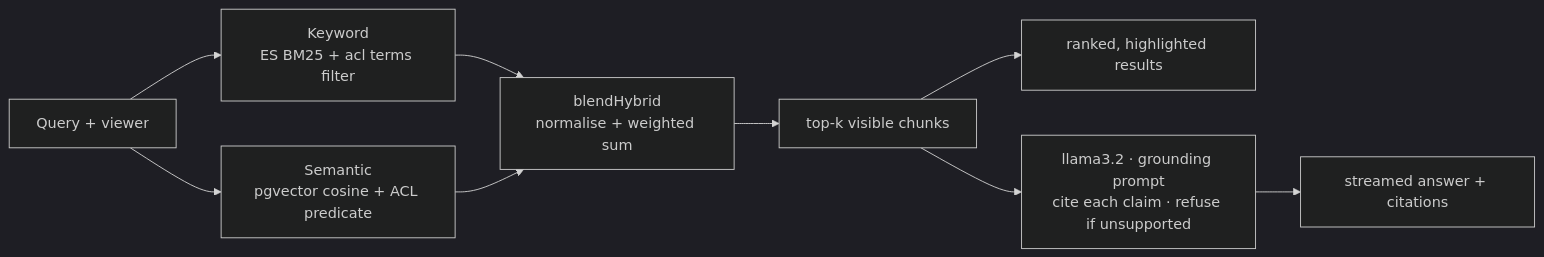
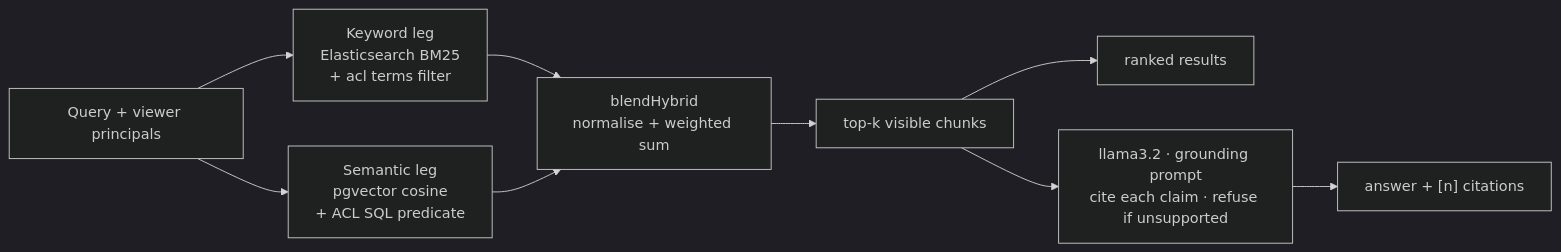
One commit to JCHETAN26/IndexFlow changed the diagram in README.md. Above: the diagram before and after it, drawn with Mermaid (dark theme). The commit also changed other lines of this file and 5 other files, not shown here.

````diff
--- a/README.md
+++ b/README.md
@@ -194,11 +29,11 @@
 ```mermaid
 flowchart LR
-    Q["Query + viewer"] --> KW["Keyword<br/>ES BM25 + acl terms filter"]
-    Q --> SM["Semantic<br/>pgvector cosine + ACL predicate"]
+    Q["Query + viewer principals"] --> KW["Keyword leg<br/>Elasticsearch BM25<br/>+ acl terms filter"]
+    Q --> SM["Semantic leg<br/>pgvector cosine<br/>+ ACL SQL predicate"]
     KW --> BL["blendHybrid<br/>normalise + weighted sum"]
     SM --> BL
     BL --> TOP["top-k visible chunks"]
-    TOP --> RES["ranked, highlighted results"]
+    TOP --> RES["ranked results"]
     TOP --> GEN["llama3.2 · grounding prompt<br/>cite each claim · refuse if unsupported"]
-    GEN --> ANS["streamed answer + citations"]
+    GEN --> ANS["answer + [n] citations"]
 ```
````
